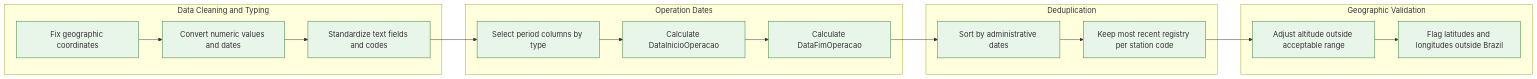
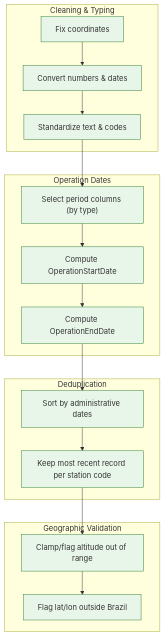
One commit to cidacslab/plataforma-clima-ambiente-readthedocs changed the fourth of 5 diagrams in docs/source/ana_data.rst. Above: the diagram before and after it, drawn with Mermaid. The commit also changed other lines of this file and 13 other files, not shown here.

```diff
--- a/docs/source/ana_data.rst
+++ b/docs/source/ana_data.rst
@@ -266,38 +293,39 @@
 .. mermaid::
-  flowchart LR
-    subgraph S4["Data Cleaning and Typing"]
-      D1["Fix geographic coordinates"]:::validacao
-      D2["Convert numeric values and dates"]:::validacao
-      D3["Standardize text fields and codes"]:::validacao
-      D1 --> D2 --> D3
-    end
 
-    subgraph S5["Operation Dates"]
-      E1["Select period columns by type"]:::validacao
-      E2["Calculate DataInicioOperacao"]:::validacao
-      E3["Calculate DataFimOperacao"]:::validacao
-      E1 --> E2 --> E3
-    end
+   flowchart TB
+     subgraph P1["Cleaning & Typing"]
+       D1["Fix coordinates"]:::validacao
+       D2["Convert numbers & dates"]:::validacao
+       D3["Standardize text & codes"]:::validacao
+       D1 --> D2 --> D3
+     end
 
-    subgraph S6["Deduplication"]
-      F1["Sort by administrative dates"]:::validacao
-      F2["Keep most recent registry per station code"]:::validacao
-      F1 --> F2
-    end
+     subgraph P2["Operation Dates"]
+       E1["Select period columns (by type)"]:::validacao
+       E2["Compute OperationStartDate"]:::validacao
+       E3["Compute OperationEndDate"]:::validacao
+       E1 --> E2 --> E3
+     end
 
-    subgraph S7["Geographic Validation"]
-      G1["Adjust altitude outside acceptable range"]:::validacao
-      G2["Flag latitudes and longitudes outside Brazil"]:::validacao
-      G1 --> G2
-    end
+     subgraph P3["Deduplication"]
+       F1["Sort by administrative dates"]:::validacao
+       F2["Keep most recent record per station code"]:::validacao
+       F1 --> F2
+     end
 
-    %% Connections between sections
-    D3 --> E1
-    E3 --> F1
-    F2 --> G1
+     subgraph P4["Geographic Validation"]
+       G1["Clamp/flag altitude out of range"]:::validacao
+       G2["Flag lat/lon outside Brazil"]:::validacao
+       G1 --> G2
+     end
 
-    %% Color palette
-    classDef configCode fill:#fff3e0,stroke:#ef6c00;
-    classDef reqCode fill:#e3f2fd,stroke:#1565c0;
-    classDef validacao fill:#e8f5e9,stroke:#2e7d32;
-    classDef exportacao fill:#ede7f6,stroke:#5e35b1;
+     %% Pipeline connections
+     D3 --> E1
+     E3 --> F1
+     F2 --> G1
+
+     %% Color palette
+     classDef configCode fill:#fff3e0,stroke:#ef6c00;
+     classDef reqCode fill:#e3f2fd,stroke:#1565c0;
+     classDef validacao fill:#e8f5e9,stroke:#2e7d32;
+     classDef exportacao fill:#ede7f6,stroke:#5e35b1;
```
